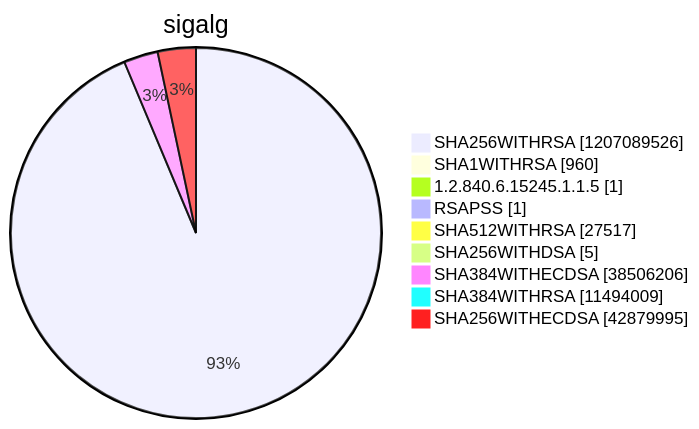
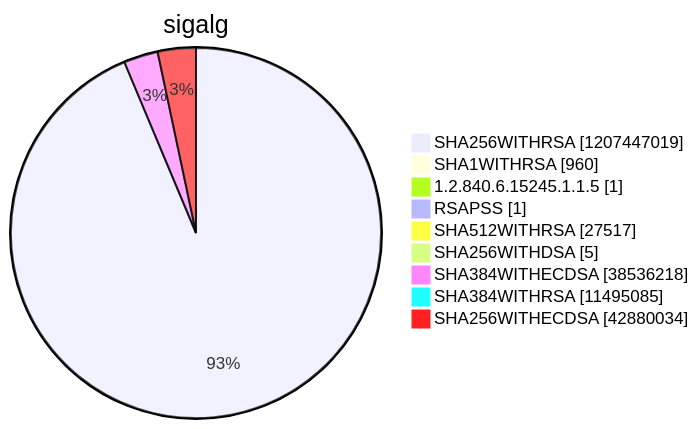
One commit to christiankrug/ctmonitor_visualization changed diagram 15 of 15 in argon2022/README.md. Above: the diagram before and after it, drawn with Mermaid. The commit also changed other lines of this file, not shown here.

````diff
--- a/argon2022/README.md
+++ b/argon2022/README.md
@@ -5519,13 +5520,13 @@
 ```mermaid
 pie showData
 title sigalg
-"SHA256WITHRSA" :1207089526
+"SHA256WITHRSA" :1207447019
 "SHA1WITHRSA" :960
 "1.2.840.6.15245.1.1.5" :1
 "RSAPSS" :1
 "SHA512WITHRSA" :27517
 "SHA256WITHDSA" :5
-"SHA384WITHECDSA" :38506206
-"SHA384WITHRSA" :11494009
-"SHA256WITHECDSA" :42879995
+"SHA384WITHECDSA" :38536218
+"SHA384WITHRSA" :11495085
+"SHA256WITHECDSA" :42880034
 ```
````
